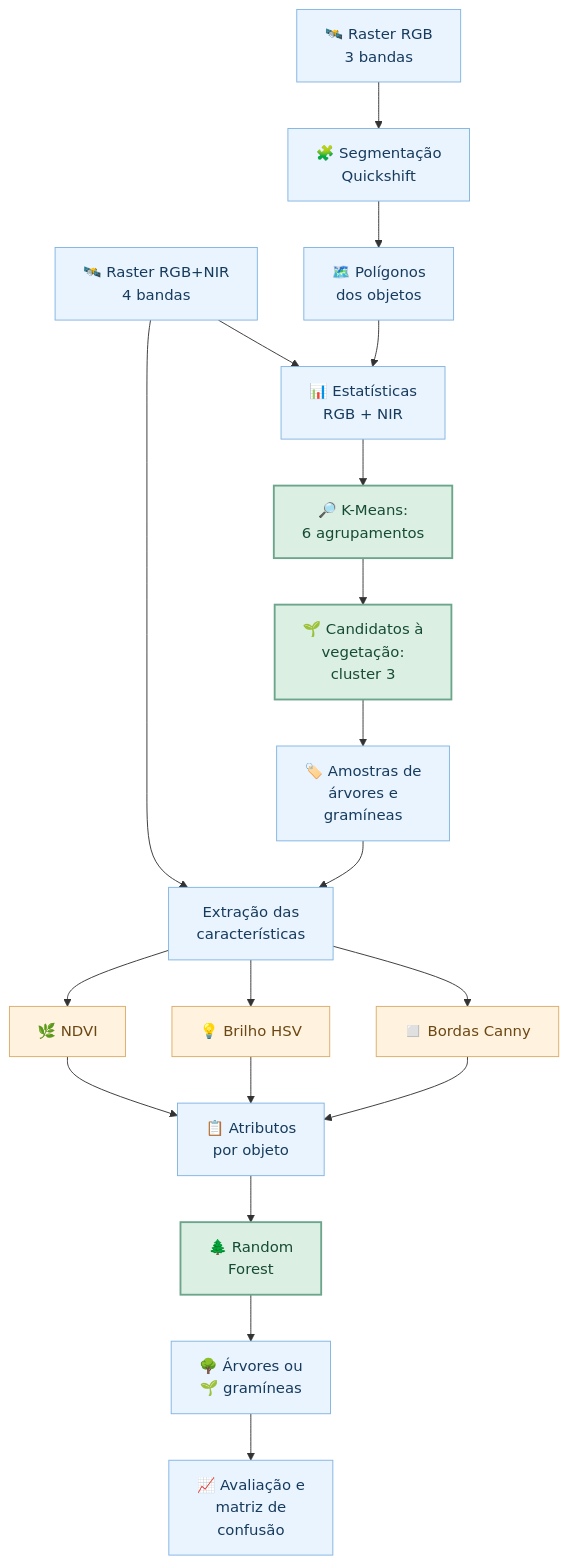
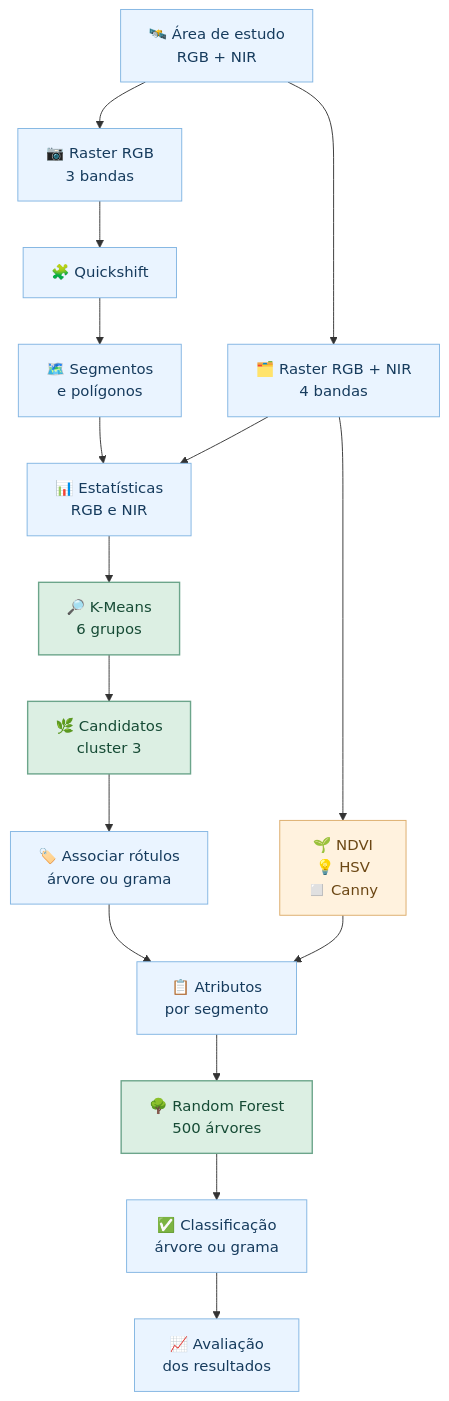
The first of 5 diagrams in README.md (BrenoBragaGalvao/mestrado-arvores-urbanas), drawn with Mermaid before and after one commit. The commit also changed other lines of this file, not shown here.

Commit message:
docs: organizar entrada RGB+NIR como area comum no diagrama e simplificar README inicial

````diff
--- a/README.md
+++ b/README.md
@@ -116,28 +89,25 @@
 ```mermaid
 flowchart TD
-    A["🛰️ Raster RGB<br/>3 bandas"] --> B["🧩 Segmentação<br/>Quickshift"]
-    P["🛰️ Raster RGB+NIR<br/>4 bandas"] --> D
-    P --> H
-    B --> C["🗺️ Polígonos<br/>dos objetos"]
-    C --> D["📊 Estatísticas<br/>RGB + NIR"]
-    D --> E["🔎 K-Means:<br/>6 agrupamentos"]
-    E --> F["🌱 Candidatos à<br/>vegetação:<br/>cluster 3"]
-    F --> G["🏷️ Amostras de<br/>árvores e<br/>gramíneas"]
-    G --> H["Extração das<br/>características"]
-    H --> I["🌿 NDVI"]
-    H --> J["💡 Brilho HSV"]
-    H --> K["◻️ Bordas Canny"]
-    I --> L["📋 Atributos<br/>por objeto"]
-    J --> L
-    K --> L
-    L --> M["🌲 Random<br/>Forest"]
-    M --> N["🌳 Árvores ou<br/>🌱 gramíneas"]
-    N --> O["📈 Avaliação e<br/>matriz de<br/>confusão"]
+    S["🛰️ Área de estudo<br/>RGB + NIR"] --> A["📷 Raster RGB<br/>3 bandas"]
+    S --> P["🗂️ Raster RGB + NIR<br/>4 bandas"]
+    A --> B["🧩 Quickshift"]
+    B --> C["🗺️ Segmentos<br/>e polígonos"]
+    C --> D["📊 Estatísticas<br/>RGB e NIR"]
+    P --> D
+    D --> E["🔎 K-Means<br/>6 grupos"]
+    E --> F["🌿 Candidatos<br/>cluster 3"]
+    F --> G["🏷️ Associar rótulos<br/>árvore ou grama"]
+    G --> H["📋 Atributos<br/>por segmento"]
+    P --> T["🌱 NDVI<br/>💡 HSV<br/>◻️ Canny"]
+    T --> H
+    H --> M["🌳 Random Forest<br/>500 árvores"]
+    M --> N["✅ Classificação<br/>árvore ou grama"]
+    N --> O["📈 Avaliação<br/>dos resultados"]
 
     classDef entrada fill:#eaf4ff,stroke:#80b4e2,color:#163b5d,stroke-width:1px;
-    classDef destaque fill:#dcefe3,stroke:#6ca58b,color:#164b35,stroke-width:2px;
-    classDef recurso fill:#fff2de,stroke:#dcab68,color:#6b4714,stroke-width:1px;
-    class A,B,C,D,G,H,L,N,O,P entrada;
-    class E,F,M destaque;
-    class I,J,K recurso;
+    classDef metodo fill:#dcefe3,stroke:#6ca58b,color:#164b35,stroke-width:1.5px;
+    classDef atributo fill:#fff2de,stroke:#dcab68,color:#6b4714,stroke-width:1px;
+    class S,A,P,B,C,D,G,H,N,O entrada;
+    class E,F,M metodo;
+    class T atributo;
 ```
````
